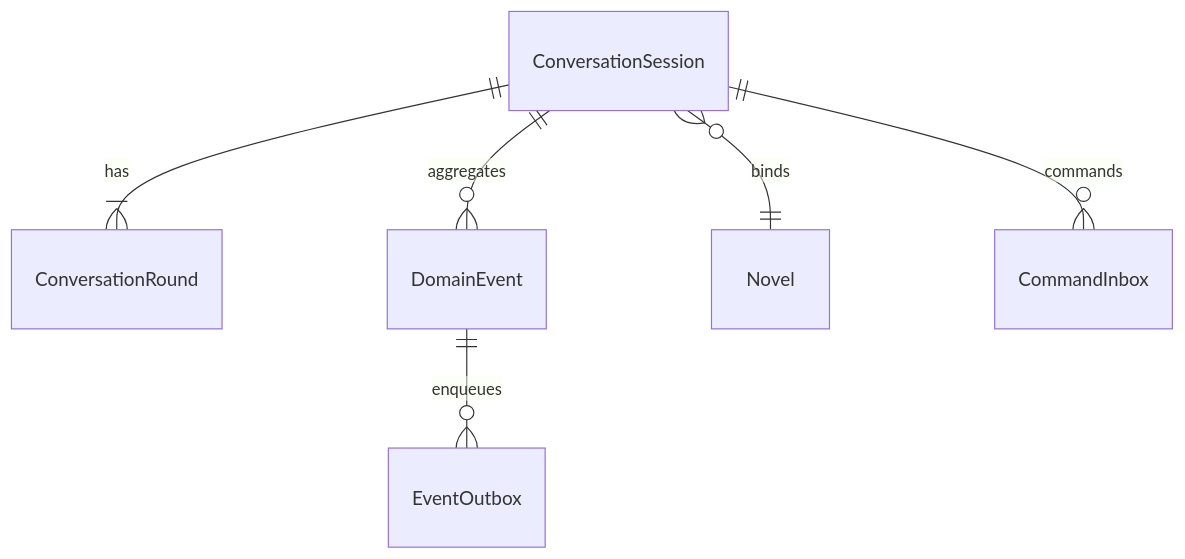
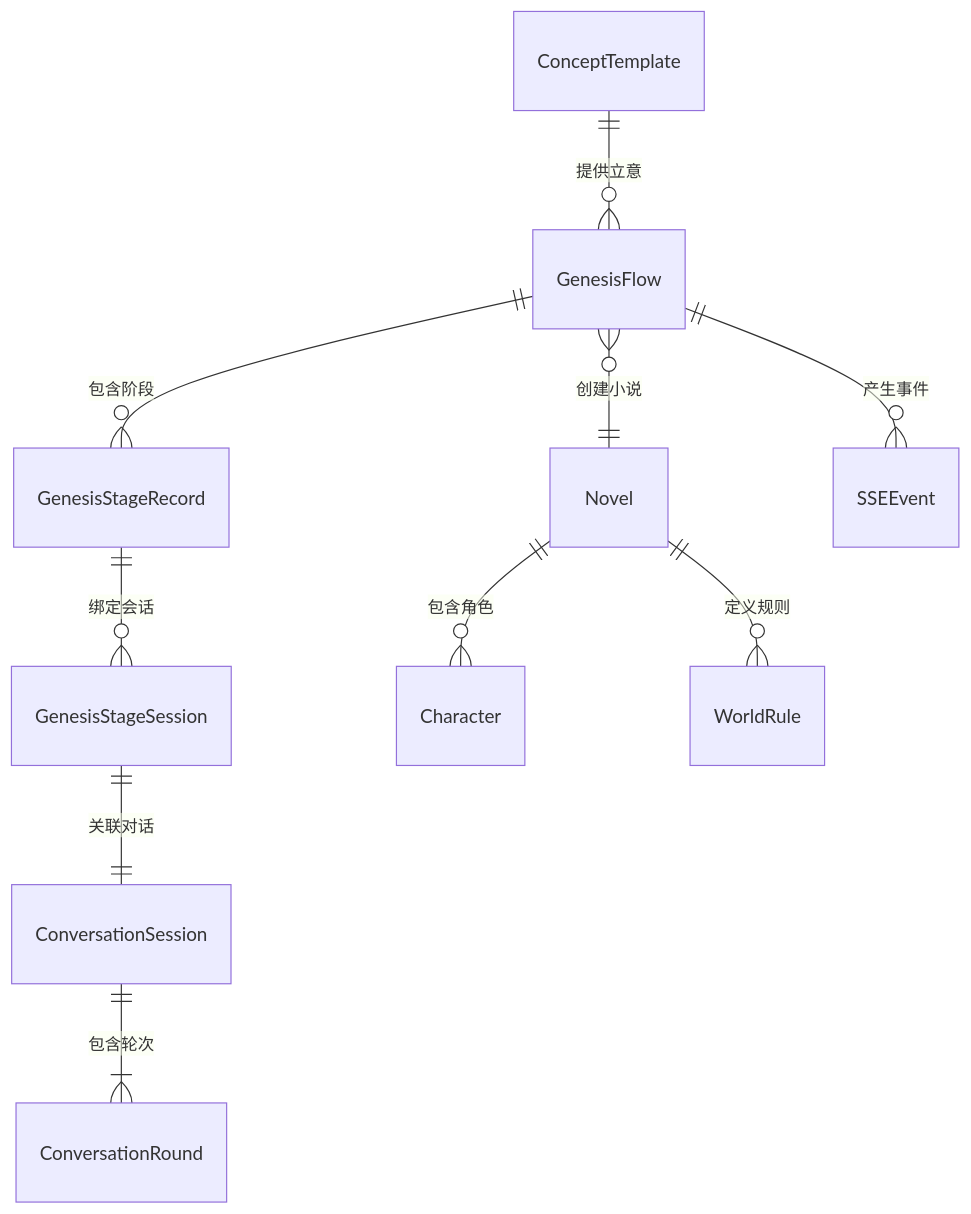
One commit to zhiyue/infinite-scribe changed the diagram in .tasks/novel-genesis-stage/lld/data-models.md. Above: the diagram before and after it, drawn with Mermaid. The commit also changed other lines of this file and 5 other files, not shown here.

````diff
--- a/.tasks/novel-genesis-stage/lld/data-models.md
+++ b/.tasks/novel-genesis-stage/lld/data-models.md
@@ -14,8 +19,12 @@
 ```mermaid
 erDiagram
-    ConversationSession ||--|{ ConversationRound : has
-    ConversationSession ||--o{ DomainEvent : aggregates
-    ConversationSession }o--|| Novel : binds
-    DomainEvent ||--o{ EventOutbox : enqueues
-    ConversationSession ||--o{ CommandInbox : commands
+    GenesisFlow ||--o{ GenesisStageRecord : "包含阶段"
+    GenesisStageRecord ||--o{ GenesisStageSession : "绑定会话"
+    GenesisStageSession ||--|| ConversationSession : "关联对话"
+    ConversationSession ||--|{ ConversationRound : "包含轮次"
+    GenesisFlow }o--|| Novel : "创建小说"
+    ConceptTemplate ||--o{ GenesisFlow : "提供立意"
+    Novel ||--o{ Character : "包含角色"
+    Novel ||--o{ WorldRule : "定义规则"
+    GenesisFlow ||--o{ SSEEvent : "产生事件"
 ```
````
